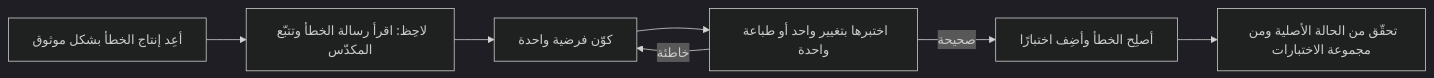
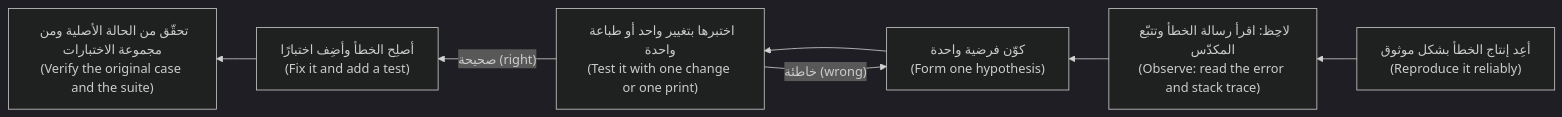
One commit to Tamoura/system-design-for-vibe-coders changed the first of 3 diagrams in career/modules/01-skills.ar.md. Above: the diagram before and after it, drawn with Mermaid (dark theme). The commit also changed other lines of this file and 20 other files, not shown here.

First line of the commit message:
New courses: Arabic diagrams read right-to-left with English labels (modules 0–6)

````diff
--- a/career/modules/01-skills.ar.md
+++ b/career/modules/01-skills.ar.md
@@ -64,9 +64,9 @@
 ```mermaid
-flowchart LR
-    R["أعِد إنتاج الخطأ بشكل موثوق"] --> O["لاحِظ: اقرأ رسالة الخطأ وتتبّع المكدّس"]
-    O --> H["كوّن فرضية واحدة"]
-    H --> T["اختبرها بتغيير واحد أو طباعة واحدة"]
-    T -->|"خاطئة"| H
-    T -->|"صحيحة"| F["أصلِح الخطأ وأضِف اختبارًا"]
-    F --> V["تحقّق من الحالة الأصلية ومن مجموعة الاختبارات"]
+flowchart RL
+    R["أعِد إنتاج الخطأ بشكل موثوق<br/>(Reproduce it reliably)"] --> O["لاحِظ: اقرأ رسالة الخطأ وتتبّع المكدّس<br/>(Observe: read the error and stack trace)"]
+    O --> H["كوّن فرضية واحدة<br/>(Form one hypothesis)"]
+    H --> T["اختبرها بتغيير واحد أو طباعة واحدة<br/>(Test it with one change or one print)"]
+    T -->|"خاطئة (wrong)"| H
+    T -->|"صحيحة (right)"| F["أصلِح الخطأ وأضِف اختبارًا<br/>(Fix it and add a test)"]
+    F --> V["تحقّق من الحالة الأصلية ومن مجموعة الاختبارات<br/>(Verify the original case and the suite)"]
 ```
````
